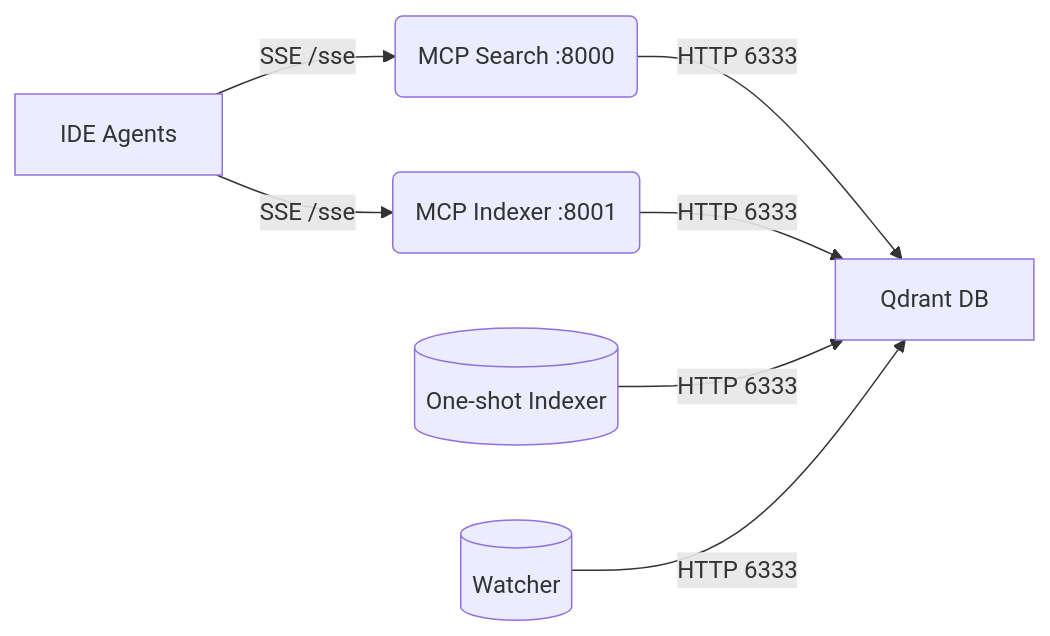
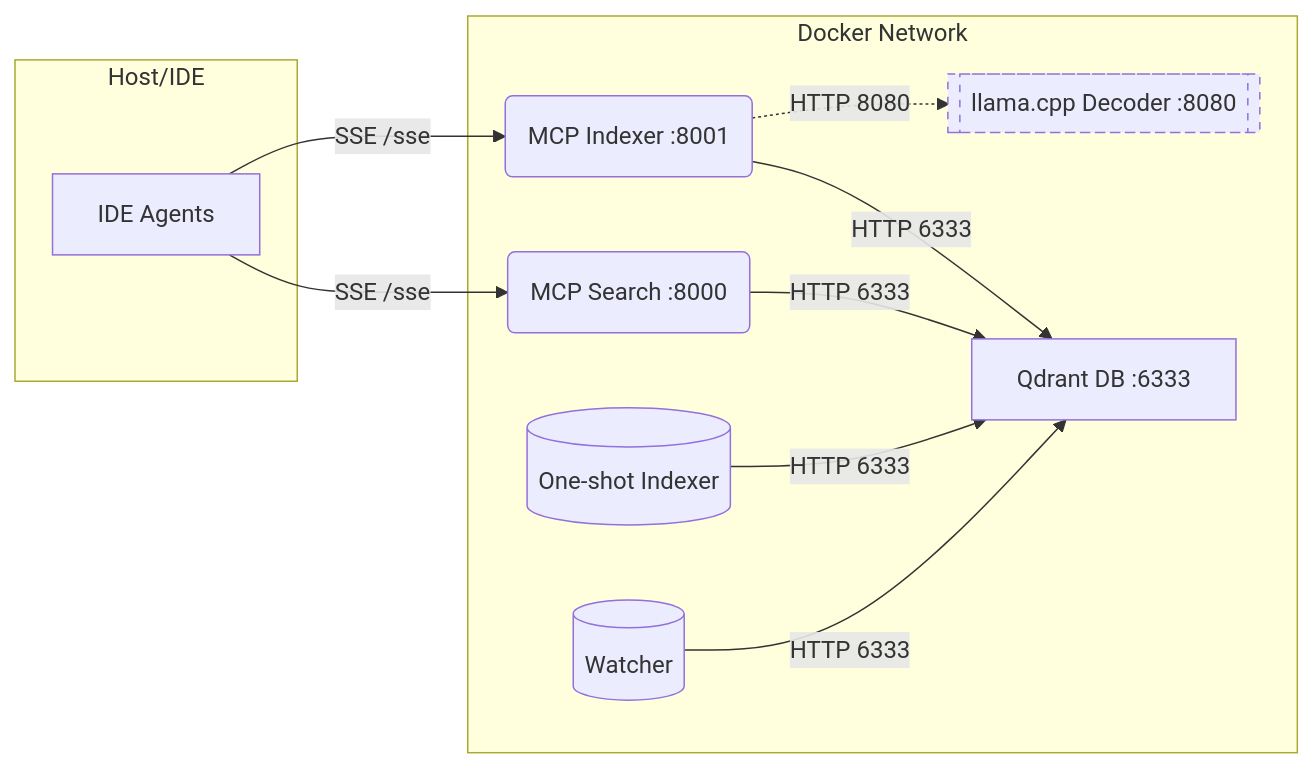
Before and after one commit to uptonking/power-context: the diagram in README.md, drawn with Mermaid.

````diff
--- a/README.md
+++ b/README.md
@@ -62,9 +62,23 @@
 ```mermaid
 flowchart LR
-  A[IDE Agents] -- SSE /sse --> B(MCP Search :8000)
-  A -- SSE /sse --> C(MCP Indexer :8001)
-  B -- HTTP 6333 --> D[Qdrant DB]
+  subgraph Host/IDE
+    A[IDE Agents]
+  end
+  subgraph Docker Network
+    B(MCP Search :8000)
+    C(MCP Indexer :8001)
+    D[Qdrant DB :6333]
+    G[[llama.cpp Decoder :8080]]
+    E[(One-shot Indexer)]
+    F[(Watcher)]
+  end
+  A -- SSE /sse --> B
+  A -- SSE /sse --> C
+  B -- HTTP 6333 --> D
   C -- HTTP 6333 --> D
-  E[(One-shot Indexer)] -- HTTP 6333 --> D
-  F[(Watcher)] -- HTTP 6333 --> D
+  E -- HTTP 6333 --> D
+  F -- HTTP 6333 --> D
+  C -. HTTP 8080 .-> G
+  classDef opt stroke-dasharray: 5 5
+  class G opt
 ```
````
